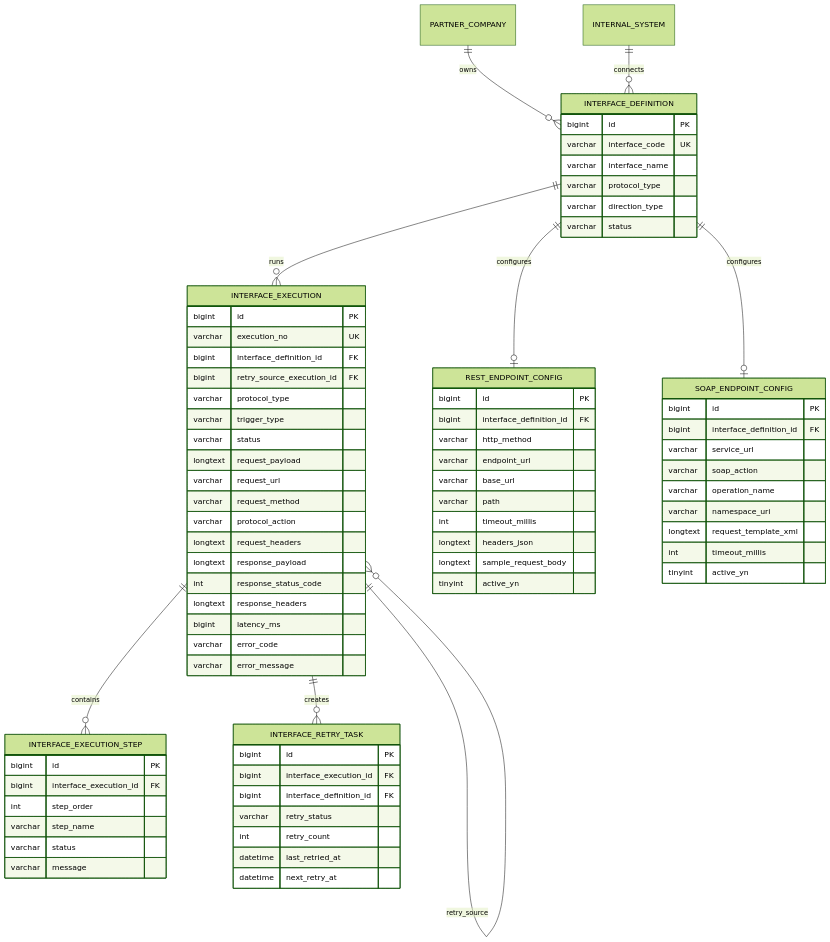
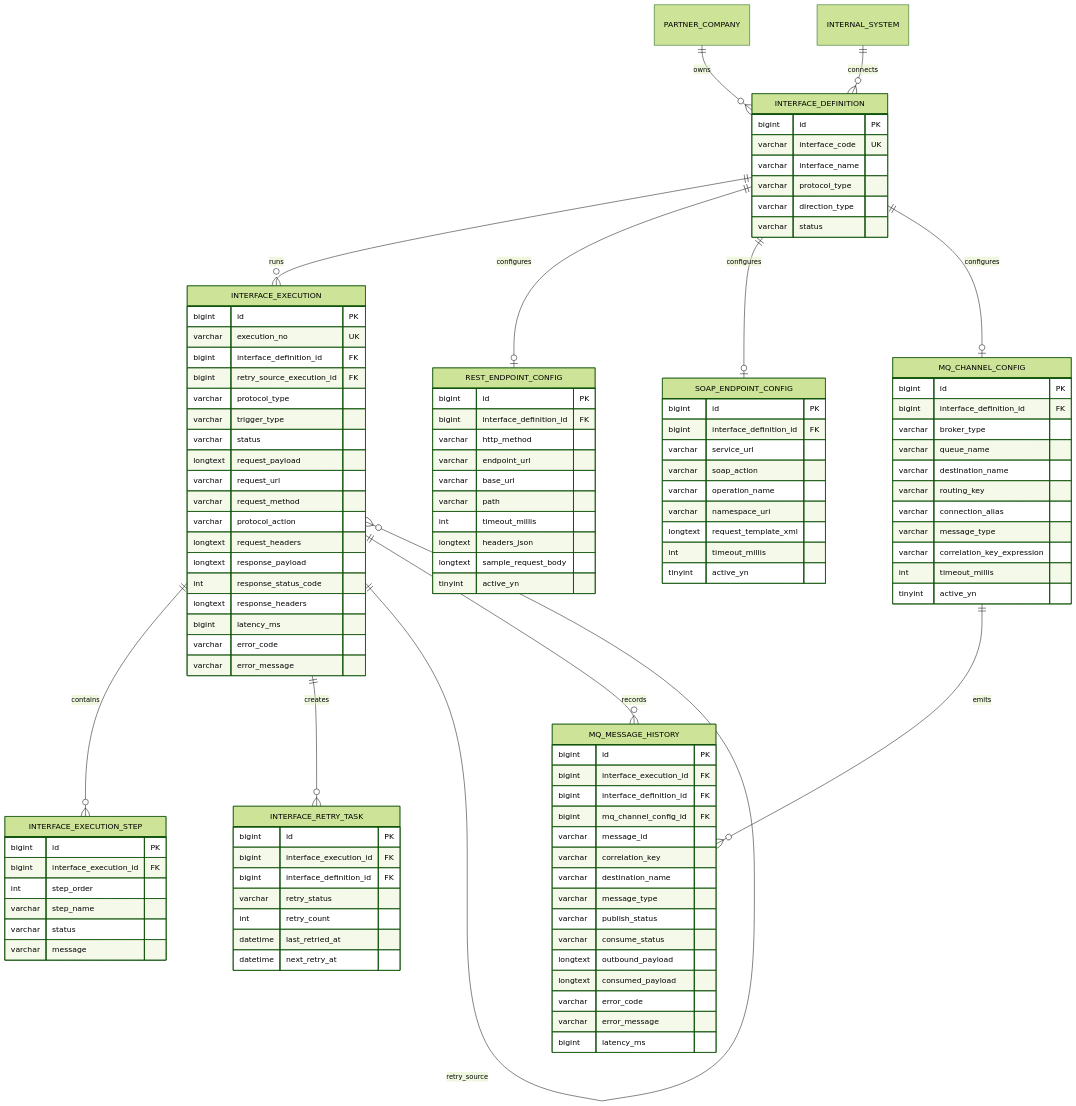
The diagram in docs/03-erd.md (prozen99/Insurance_interface_hub), drawn with Mermaid (forest theme) before and after one commit. The commit also changed other lines of this file and 9 other files, not shown here.

```diff
--- a/docs/03-erd.md
+++ b/docs/03-erd.md
@@ -11,9 +11,12 @@
     INTERFACE_DEFINITION ||--o{ INTERFACE_EXECUTION : runs
     INTERFACE_DEFINITION ||--o| REST_ENDPOINT_CONFIG : configures
     INTERFACE_DEFINITION ||--o| SOAP_ENDPOINT_CONFIG : configures
+    INTERFACE_DEFINITION ||--o| MQ_CHANNEL_CONFIG : configures
     INTERFACE_EXECUTION ||--o{ INTERFACE_EXECUTION_STEP : contains
     INTERFACE_EXECUTION ||--o{ INTERFACE_RETRY_TASK : creates
     INTERFACE_EXECUTION ||--o{ INTERFACE_EXECUTION : retry_source
+    INTERFACE_EXECUTION ||--o{ MQ_MESSAGE_HISTORY : records
+    MQ_CHANNEL_CONFIG ||--o{ MQ_MESSAGE_HISTORY : emits
 
     INTERFACE_DEFINITION {
         bigint id PK
@@ -49,6 +52,20 @@
         tinyint active_yn
     }
 
+    MQ_CHANNEL_CONFIG {
+        bigint id PK
+        bigint interface_definition_id FK
+        varchar broker_type
+        varchar queue_name
+        varchar destination_name
+        varchar routing_key
+        varchar connection_alias
+        varchar message_type
+        varchar correlation_key_expression
+        int timeout_millis
+        tinyint active_yn
+    }
+
     INTERFACE_EXECUTION {
         bigint id PK
         varchar execution_no UK
@@ -70,6 +87,24 @@
         varchar error_message
     }
 
+    MQ_MESSAGE_HISTORY {
+        bigint id PK
+        bigint interface_execution_id FK
+        bigint interface_definition_id FK
+        bigint mq_channel_config_id FK
+        varchar message_id
+        varchar correlation_key
+        varchar destination_name
+        varchar message_type
+        varchar publish_status
+        varchar consume_status
+        longtext outbound_payload
+        longtext consumed_payload
+        varchar error_code
+        varchar error_message
+        bigint latency_ms
+    }
+
     INTERFACE_EXECUTION_STEP {
         bigint id PK
         bigint interface_execution_id FK
```
